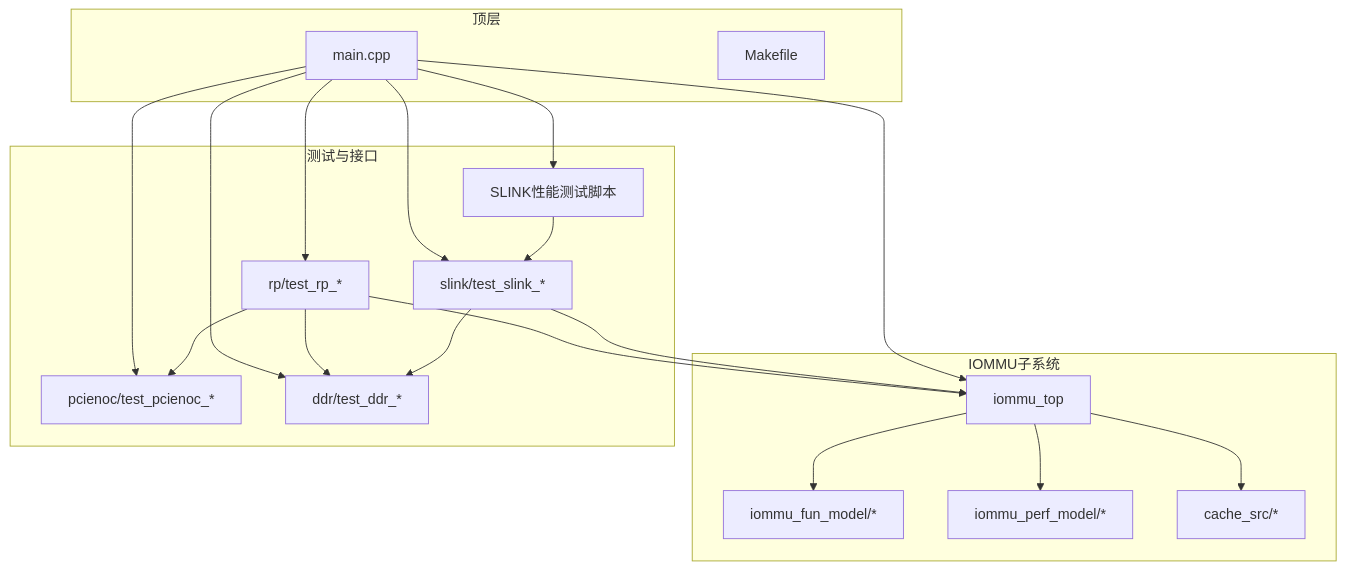
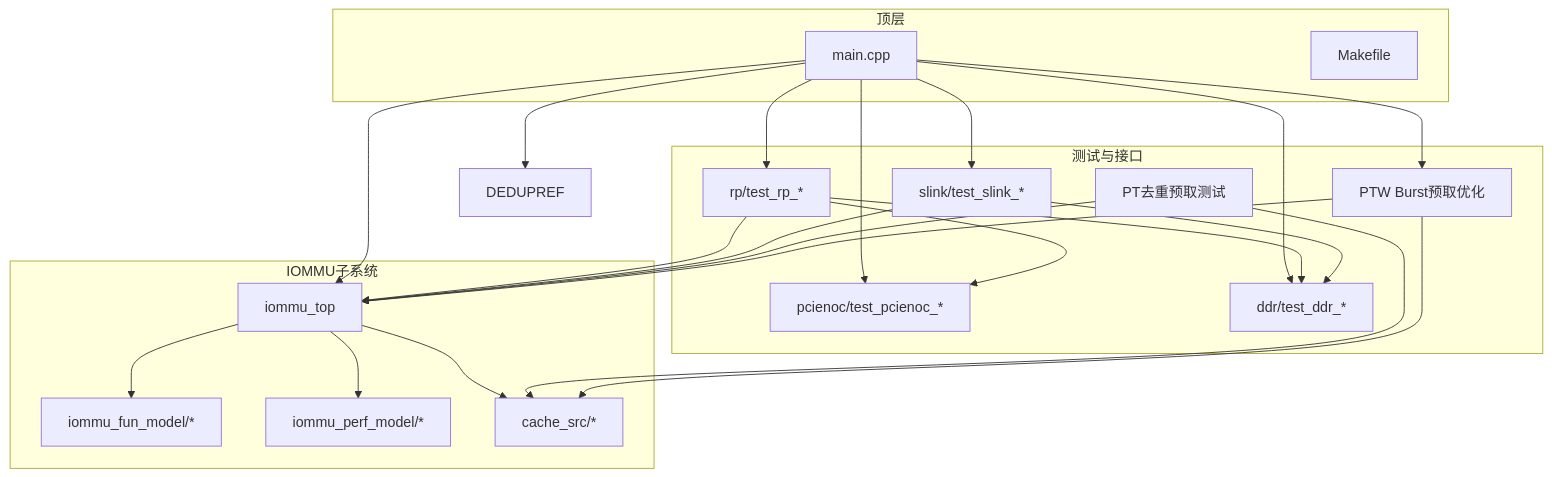
Before and after one commit to jiangjiang1122/iommu_model_20260401_v1: the first of 10 diagrams in .qoder/repowiki/zh/content/测试框架/测试框架.md, drawn with Mermaid. The commit also changed other lines of this file and 12 other files, not shown here.

````diff
--- a/.qoder/repowiki/zh/content/测试框架/测试框架.md
+++ b/.qoder/repowiki/zh/content/测试框架/测试框架.md
@@ -71,35 +83,40 @@
 ```mermaid
 graph TB
 subgraph "顶层"
 MAIN["main.cpp"]
 MK["Makefile"]
 end
 subgraph "IOMMU子系统"
 IOMMU_TOP["iommu_top"]
 IOMMU_FUN["iommu_fun_model/*"]
 IOMMU_PERF["iommu_perf_model/*"]
 IOMMU_CACHE["cache_src/*"]
 end
 subgraph "测试与接口"
 RP["rp/test_rp_*"]
 PCIE["pcienoc/test_pcienoc_*"]
 DDR["ddr/test_ddr_*"]
 SLINK["slink/test_slink_*"]
-SLINK_TEST["SLINK性能测试脚本"]
+DEDPREF["PT去重预取测试"]
+PTWBURST["PTW Burst预取优化"]
 end
 MAIN --> IOMMU_TOP
 MAIN --> RP
 MAIN --> PCIE
 MAIN --> DDR
 MAIN --> SLINK
-MAIN --> SLINK_TEST
+MAIN --> DEDUPREF
+MAIN --> PTWBURST
 IOMMU_TOP --> IOMMU_FUN
 IOMMU_TOP --> IOMMU_PERF
 IOMMU_TOP --> IOMMU_CACHE
 RP --> IOMMU_TOP
 RP --> DDR
 RP --> PCIE
 SLINK --> IOMMU_TOP
 SLINK --> DDR
-SLINK_TEST --> SLINK
+DEDPREF --> IOMMU_TOP
+DEDPREF --> IOMMU_CACHE
+PTWBURST --> IOMMU_TOP
+PTWBURST --> IOMMU_CACHE
 ```
````
